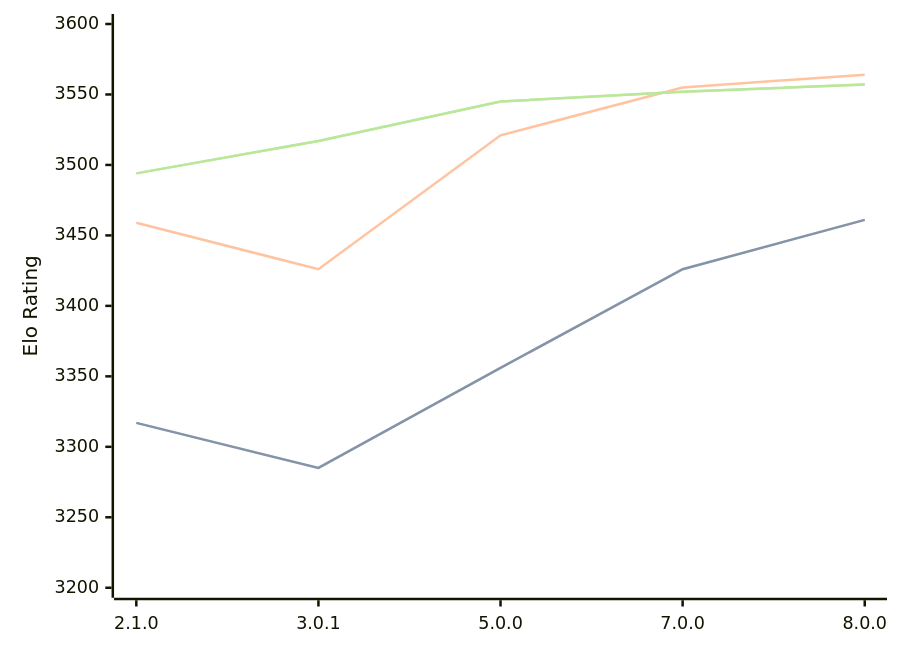
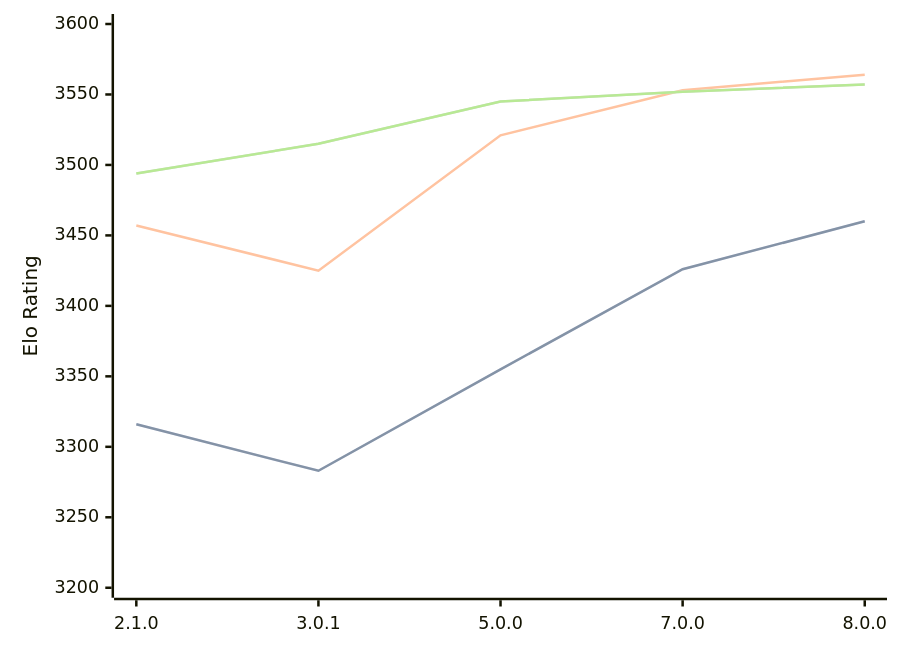
Before and after one commit to computer-chess-index/cci: the first of 3 diagrams in engines/PlentyChess.md, drawn with Mermaid. The commit also changed other lines of this file, not shown here.

Commit message:
Update CCI Ratings (ELO VLTC) - 2026-07-15

````diff
--- a/engines/PlentyChess.md
+++ b/engines/PlentyChess.md
@@ -46,11 +46,11 @@
 ```mermaid
 %%{init: {"theme":"base","themeVariables":{"seriesColors:['#a3a3a3','#222221','#faa371']}}}%%
 xychart-beta
   x-axis ["2.1.0", "3.0.1", "5.0.0", "7.0.0", "8.0.0"]
   y-axis "Elo Rating" 3200 --> 3600
-  line "STC (8.0+0.08s)" [3317, 3285, 3356, 3426, 3461]
-  line "STC (8.0+0.08s)" [3317, 3285, 3356, 3426, 3461]
-  line "LTC (60.0+0.60s)" [3459, 3426, 3521, 3555, 3564]
-  line "VLTC (2m24s+1.12s)" [3494, 3517, 3545, 3552, 3557]
-  line "VLTC (2m24s+1.12s)" [3494, 3517, 3545, 3552, 3557]
+  line "STC (8.0+0.08s)" [3316, 3283, 3355, 3426, 3460]
+  line "STC (8.0+0.08s)" [3316, 3283, 3355, 3426, 3460]
+  line "LTC (60.0+0.60s)" [3457, 3425, 3521, 3553, 3564]
+  line "VLTC (2m24s+1.12s)" [3494, 3515, 3545, 3552, 3557]
+  line "VLTC (2m24s+1.12s)" [3494, 3515, 3545, 3552, 3557]
 ```
````
